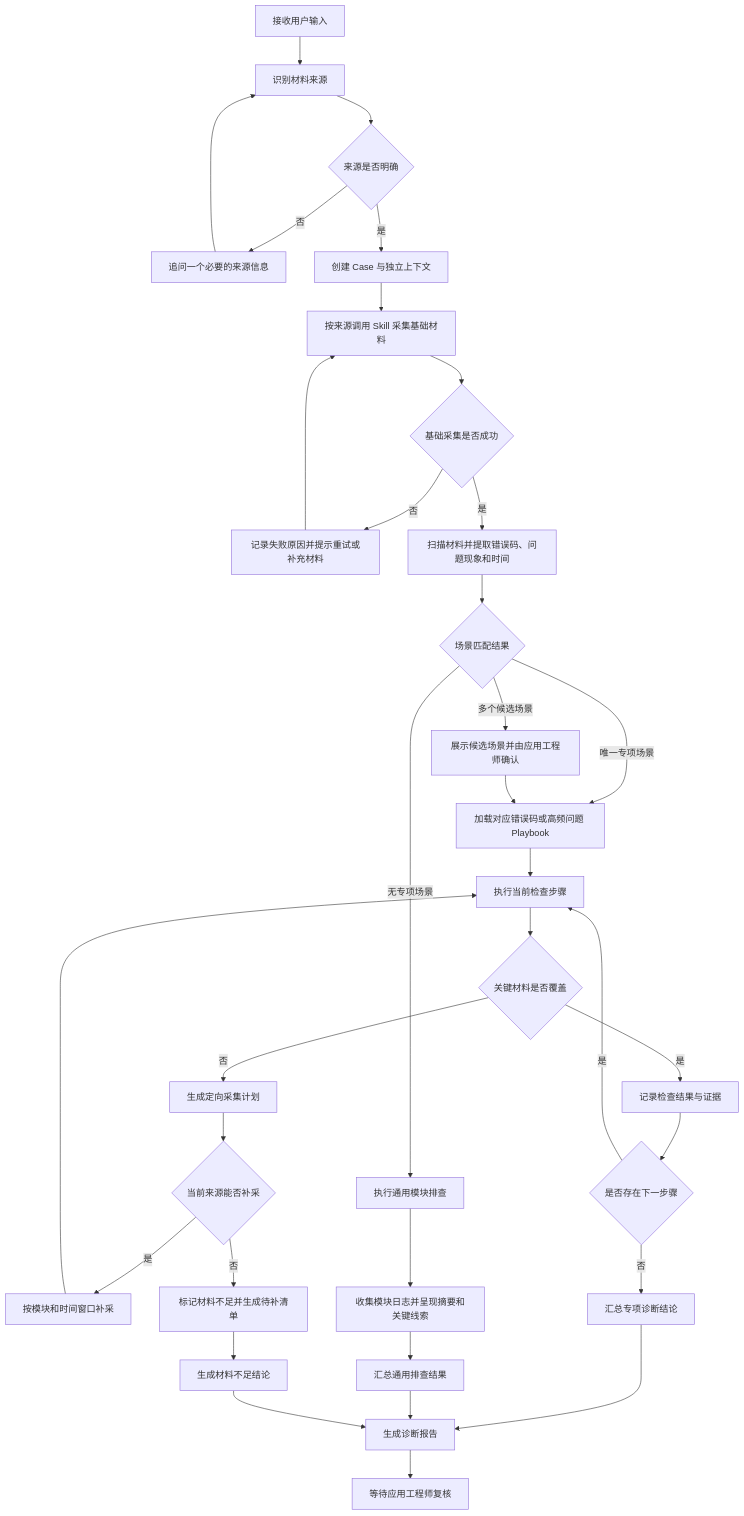
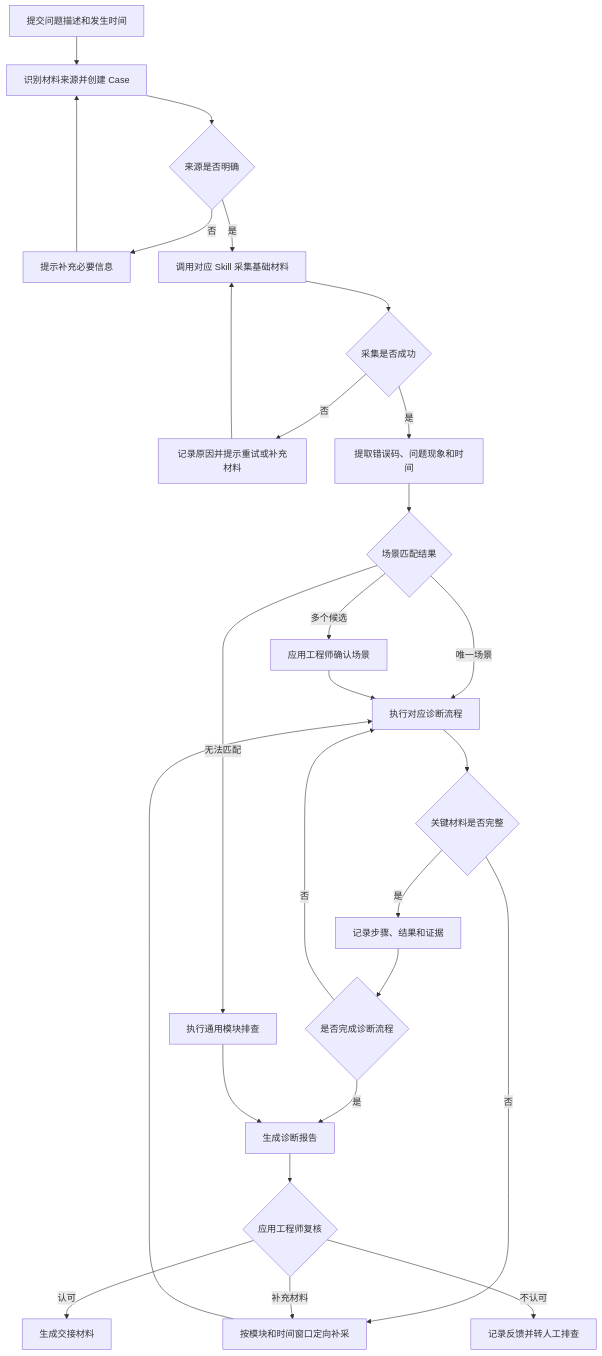
The first of 2 diagrams in projects/diagnosis-agent/05-Diagnosis-Agent-PRD.md (Zouwii/pm-learning), drawn with Mermaid before and after one commit. The commit also changed other lines of this file and 16 other files, not shown here.

````diff
--- a/projects/diagnosis-agent/05-Diagnosis-Agent-PRD.md
+++ b/projects/diagnosis-agent/05-Diagnosis-Agent-PRD.md
@@ -142,41 +80,33 @@
 ```mermaid
 flowchart TD
-    A[接收用户输入] --> B[识别材料来源]
+    A[提交问题描述和发生时间] --> B[识别材料来源并创建 Case]
     B --> C{来源是否明确}
-    C -- 否 --> D[追问一个必要的来源信息]
+    C -- 否 --> D[提示补充必要信息]
     D --> B
-    C -- 是 --> E[创建 Case 与独立上下文]
+    C -- 是 --> E[调用对应 Skill 采集基础材料]
 
-    E --> F[按来源调用 Skill 采集基础材料]
-    F --> G{基础采集是否成功}
-    G -- 否 --> H[记录失败原因并提示重试或补充材料]
-    H --> F
-    G -- 是 --> I[扫描材料并提取错误码、问题现象和时间]
+    E --> F{采集是否成功}
+    F -- 否 --> G[记录原因并提示重试或补充材料]
+    G --> E
+    F -- 是 --> H[提取错误码、问题现象和时间]
 
-    I --> J{场景匹配结果}
-    J -- 唯一专项场景 --> K[加载对应错误码或高频问题 Playbook]
-    J -- 多个候选场景 --> L[展示候选场景并由应用工程师确认]
-    L --> K
-    J -- 无专项场景 --> M[执行通用模块排查]
+    H --> I{场景匹配结果}
+    I -- 唯一场景 --> J[执行对应诊断流程]
+    I -- 多个候选 --> K[应用工程师确认场景]
+    K --> J
+    I -- 无法匹配 --> L[执行通用模块排查]
 
-    K --> N[执行当前检查步骤]
-    N --> O{关键材料是否覆盖}
-    O -- 否 --> P[生成定向采集计划]
-    P --> Q{当前来源能否补采}
-    Q -- 是 --> R[按模块和时间窗口补采]
-    R --> N
-    Q -- 否 --> S[标记材料不足并生成待补清单]
+    J --> M{关键材料是否完整}
+    M -- 否 --> N[按模块和时间窗口定向补采]
+    N --> J
+    M -- 是 --> O[记录步骤、结果和证据]
+    O --> P{是否完成诊断流程}
+    P -- 否 --> J
+    P -- 是 --> Q[生成诊断报告]
 
-    O -- 是 --> T[记录检查结果与证据]
-    T --> U{是否存在下一步骤}
-    U -- 是 --> N
-    U -- 否 --> V[汇总专项诊断结论]
-
-    M --> W[收集模块日志并呈现摘要和关键线索]
-    W --> X[汇总通用排查结果]
-    S --> Y[生成材料不足结论]
-    V --> Z[生成诊断报告]
-    X --> Z
-    Y --> Z
-    Z --> AA[等待应用工程师复核]
+    L --> Q
+    Q --> R{应用工程师复核}
+    R -- 认可 --> S[生成交接材料]
+    R -- 补充材料 --> N
+    R -- 不认可 --> T[记录反馈并转人工排查]
 ```
````
